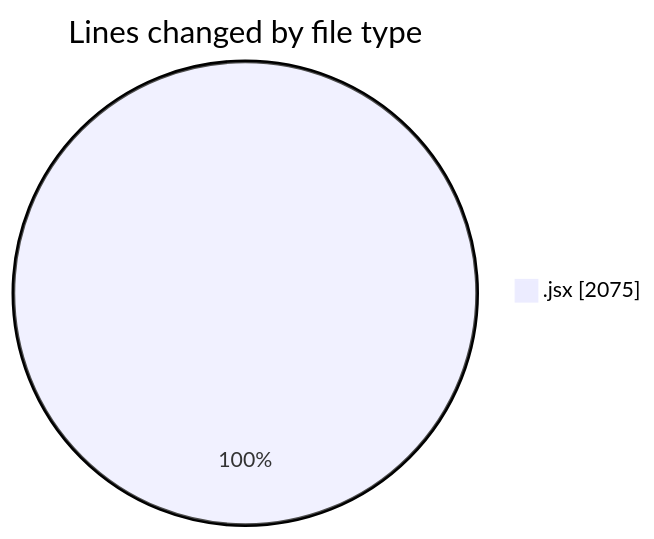
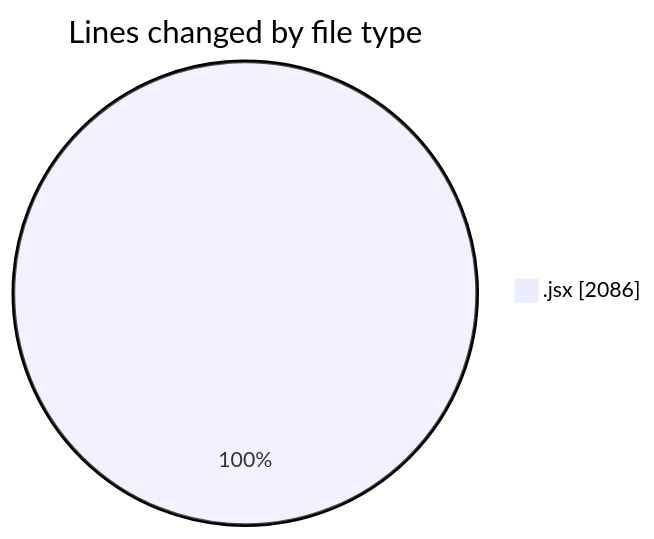
The first of 2 diagrams in 2025-06-26/nxtqube_webapp/README.md (nxtqubesakshisongat/code-tracking), drawn with Mermaid before and after one commit. The commit also changed other lines of this file and 1 other file, not shown here.

````diff
--- a/2025-06-26/nxtqube_webapp/README.md
+++ b/2025-06-26/nxtqube_webapp/README.md
@@ -21,5 +21,5 @@
 ```mermaid
 pie showData
 title Lines changed by file type
-".jsx" : 2075
+".jsx" : 2086
 ```
````
